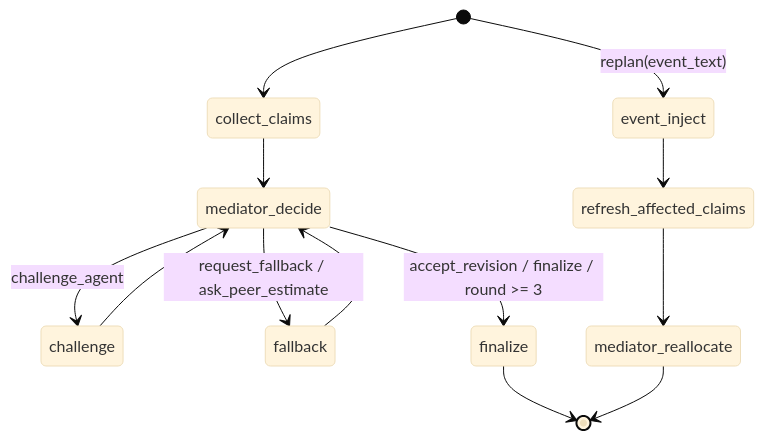
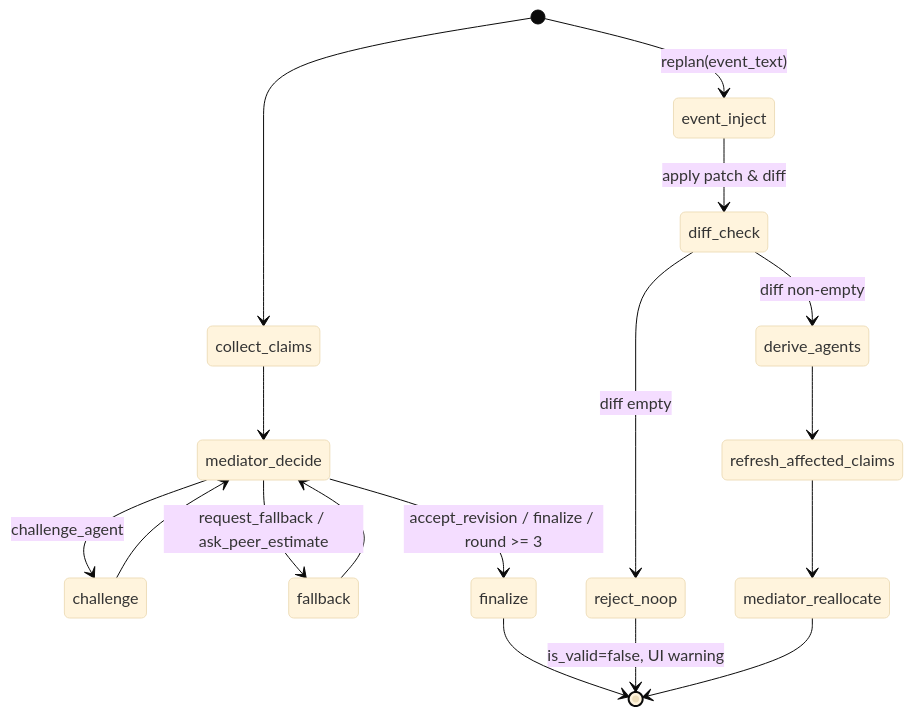
One commit to Sreenair-1/Disaster_Relief_Resource_Negotiator changed the second of 2 diagrams in docs/DESIGN.md. Above: the diagram before and after it, drawn with Mermaid (base theme). The commit also changed other lines of this file and 7 other files, not shown here.

````diff
--- a/docs/DESIGN.md
+++ b/docs/DESIGN.md
@@ -100,15 +129,19 @@
 ```mermaid
 stateDiagram-v2
   [*] --> collect_claims
   collect_claims --> mediator_decide
   mediator_decide --> challenge: challenge_agent
   mediator_decide --> fallback: request_fallback / ask_peer_estimate
   mediator_decide --> finalize: accept_revision / finalize / round >= 3
   challenge --> mediator_decide
   fallback --> mediator_decide
   finalize --> [*]
   [*] --> event_inject: replan(event_text)
-  event_inject --> refresh_affected_claims
+  event_inject --> diff_check: apply patch & diff
+  diff_check --> reject_noop: diff empty
+  diff_check --> derive_agents: diff non-empty
+  reject_noop --> [*]: is_valid=false, UI warning
+  derive_agents --> refresh_affected_claims
   refresh_affected_claims --> mediator_reallocate
   mediator_reallocate --> [*]
 ```
````
